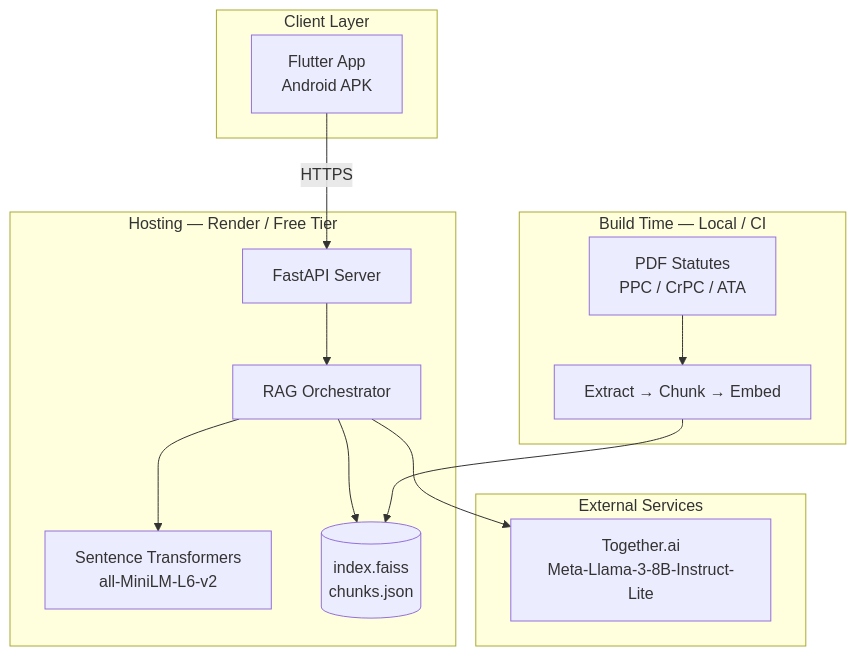
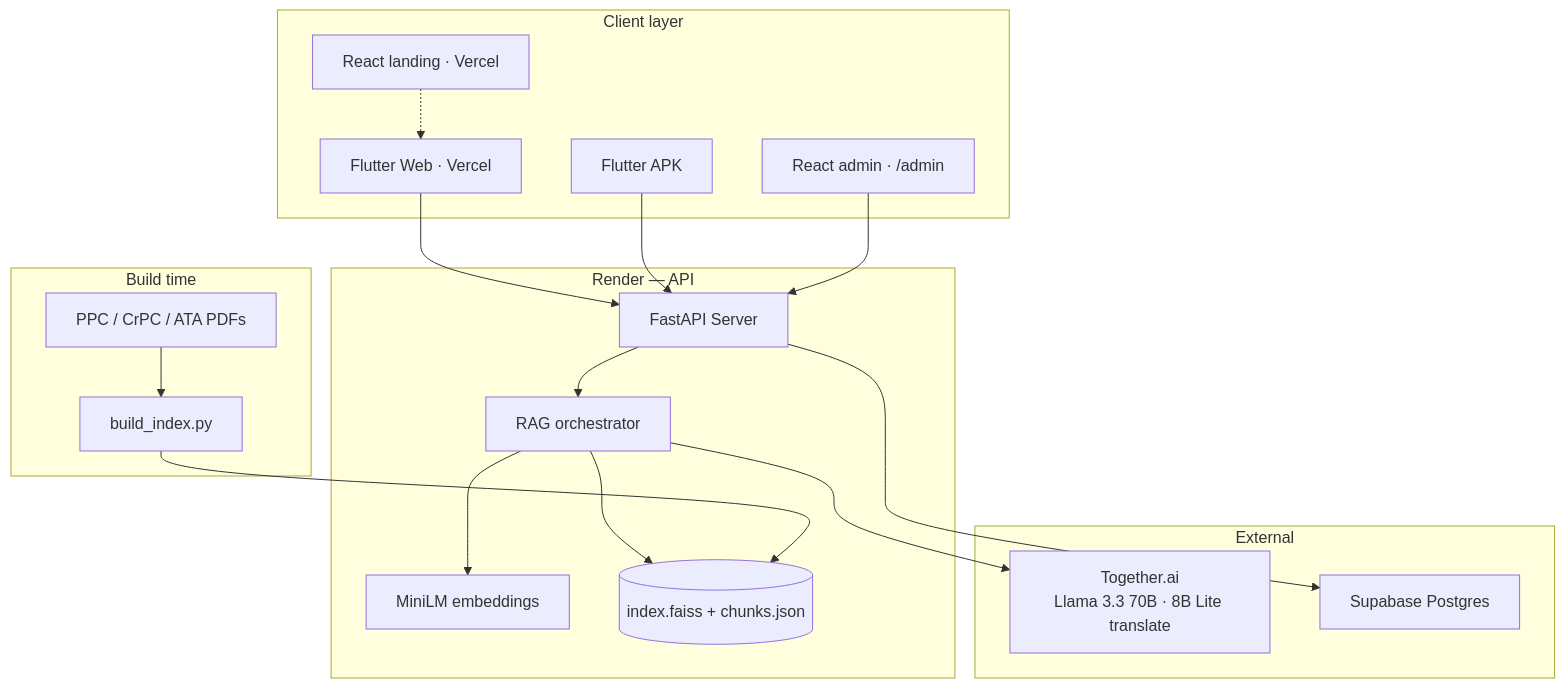
Before and after one commit to ShahxHussain/AI_Legal_Assistant: the second of 4 diagrams in docs/ARCHITECTURE.md, drawn with Mermaid. The commit also changed other lines of this file and 18 other files, not shown here.

````diff
--- a/docs/ARCHITECTURE.md
+++ b/docs/ARCHITECTURE.md
@@ -39,29 +55,37 @@
 ```mermaid
 flowchart TB
-    subgraph Client["Client Layer"]
-        Flutter[Flutter App\nAndroid APK]
+    subgraph Clients["Client layer"]
+        FlutterWeb[Flutter Web · Vercel]
+        FlutterAPK[Flutter APK]
+        Landing[React landing · Vercel]
+        AdminUI[React admin · /admin]
     end
 
-    subgraph Hosting["Hosting — Render / Free Tier"]
+    subgraph Render["Render — API"]
         FastAPI[FastAPI Server]
-        Embed[Sentence Transformers\nall-MiniLM-L6-v2]
-        RAG[RAG Orchestrator]
-        Index[(index.faiss\nchunks.json)]
+        Embed[MiniLM embeddings]
+        RAG[RAG orchestrator]
+        Index[(index.faiss + chunks.json)]
     end
 
-    subgraph External["External Services"]
-        LLM[Together.ai\nMeta-Llama-3-8B-Instruct-Lite]
+    subgraph External["External"]
+        LLM[Together.ai\nLlama 3.3 70B · 8B Lite translate]
+        Supa[Supabase Postgres]
     end
 
-    subgraph BuildTime["Build Time — Local / CI"]
-        PDFs[PDF Statutes\nPPC / CrPC / ATA]
-        Pipeline[Extract → Chunk → Embed]
+    subgraph Build["Build time"]
+        PDFs[PPC / CrPC / ATA PDFs]
+        Pipeline[build_index.py]
     end
 
-    Flutter -->|HTTPS| FastAPI
+    FlutterWeb --> FastAPI
+    FlutterAPK --> FastAPI
+    AdminUI --> FastAPI
+    Landing -.-> FlutterWeb
     FastAPI --> RAG
     RAG --> Embed
     RAG --> Index
     RAG --> LLM
+    FastAPI --> Supa
     PDFs --> Pipeline --> Index
 ```
````
